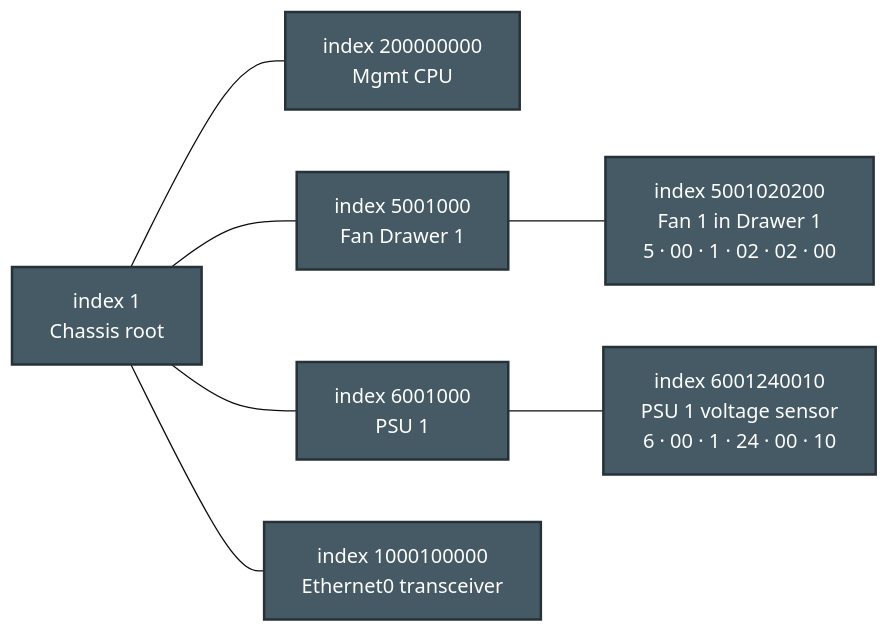
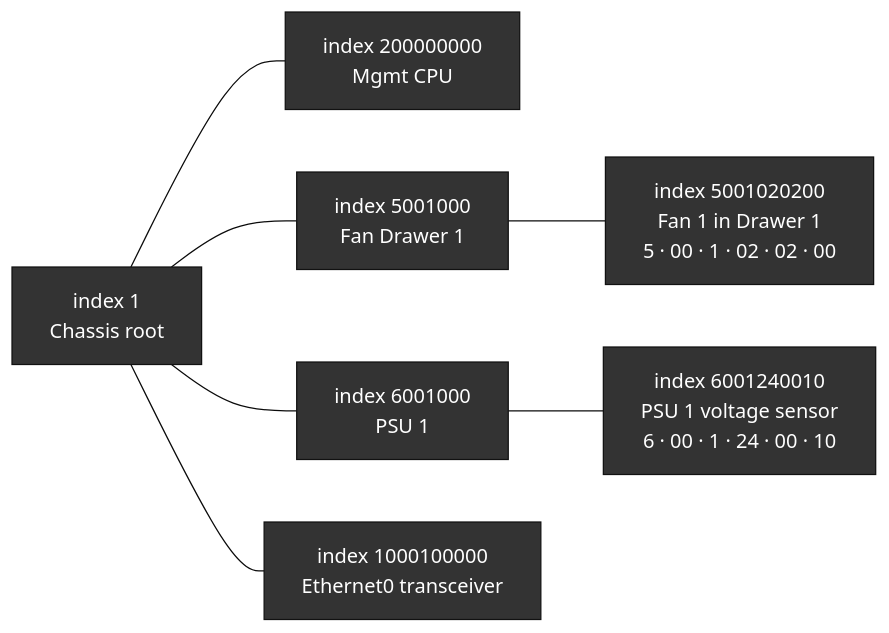
Before and after one commit to thongal-upscale/sonic-snmpagent: diagram 12 of 17 in docs/nms_compliance_gaps.md, drawn with Mermaid (base theme). The commit also changed other lines of this file, not shown here.

````diff
--- a/docs/nms_compliance_gaps.md
+++ b/docs/nms_compliance_gaps.md
@@ -823,17 +823,17 @@
 ```mermaid
 graph LR
-    classDef idx fill:#455A64,color:#fff,stroke:#263238,stroke-width:2px
+    classDef idx fill:#333,color:#fff,stroke:#111
 
     I1["index  1\nChassis root"]:::idx
     I2["index  200000000\nMgmt CPU"]:::idx
     I3["index  5001000\nFan Drawer 1"]:::idx
     I4["index  5001020200\nFan 1 in Drawer 1\n5 · 00 · 1 · 02 · 02 · 00"]:::idx
     I5["index  6001000\nPSU 1"]:::idx
     I6["index  6001240010\nPSU 1 voltage sensor\n6 · 00 · 1 · 24 · 00 · 10"]:::idx
     I7["index  1000100000\nEthernet0 transceiver"]:::idx
 
     I1 --- I2
     I1 --- I3 --- I4
     I1 --- I5 --- I6
     I1 --- I7
 ```
````
